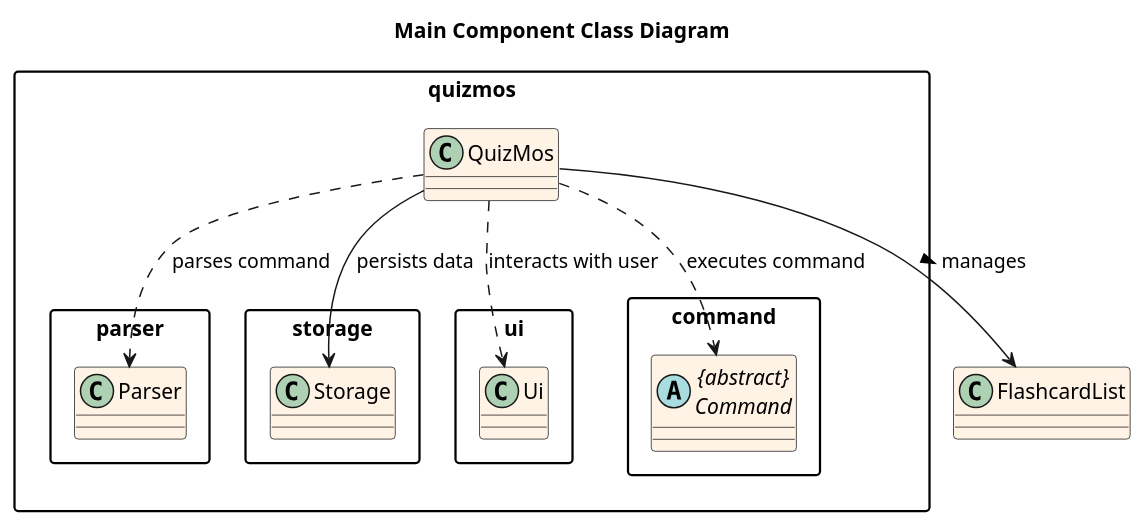
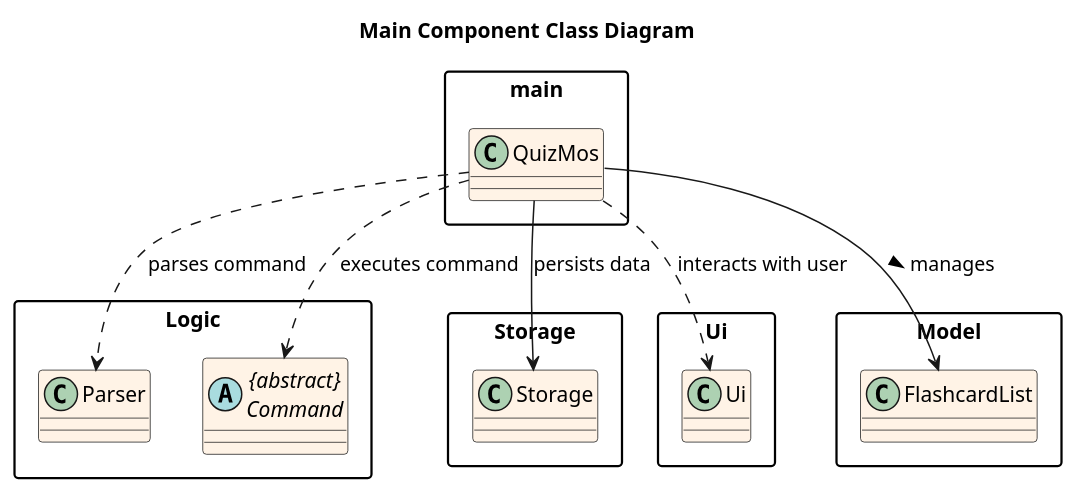
Before and after one commit to ashutoshalung/tp: the diagram in docs/diagrams/MainComponent_ClassDiagram.puml, drawn with PlantUML. The commit also changed 12 other files, not shown here.

Commit message:
Final version of DG diagrams

```diff
--- a/docs/diagrams/MainComponent_ClassDiagram.puml
+++ b/docs/diagrams/MainComponent_ClassDiagram.puml
@@ -1,37 +1,38 @@
 @startuml MainComponent_ClassDiagram
 
 title Main Component Class Diagram
 
 skinparam classAttributeIconSize 0
 skinparam classBackgroundColor #FFF3E6
 skinparam packageStyle rectangle
 skinparam shadowing false
 
-package "quizmos" {
+package "main" {
     class QuizMos
 }
 
-package "quizmos.parser" {
+package "Logic" {
     class Parser
+    abstract class "{abstract}\nCommand" as Command
 }
 
-package "quizmos.storage" {
+package "Storage" {
     class Storage
 }
 
-package "quizmos.ui" {
+package "Ui" {
     class Ui
 }
 
-package "quizmos.command" {
-    abstract class "{abstract}\nCommand" as Command
+package "Model" {
+    class FlashcardList
 }
 
 /' Relationships '/
 QuizMos --> FlashcardList : manages >
 QuizMos ..> Parser : parses command
 QuizMos ..> Command : executes command
-QuizMos --> Storage : persists data
-QuizMos ..> Ui : interacts with user
+QuizMos --> Storage.Storage : persists data
+QuizMos ..> Ui.Ui : interacts with user
 
 @enduml
```
